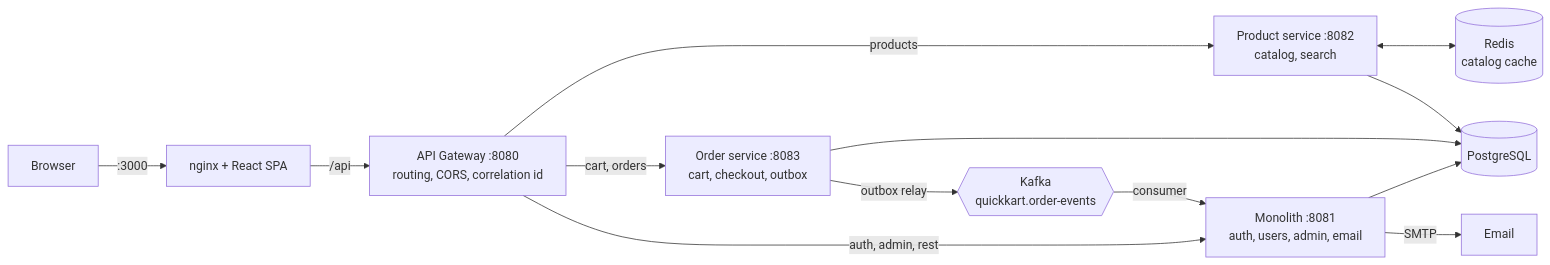
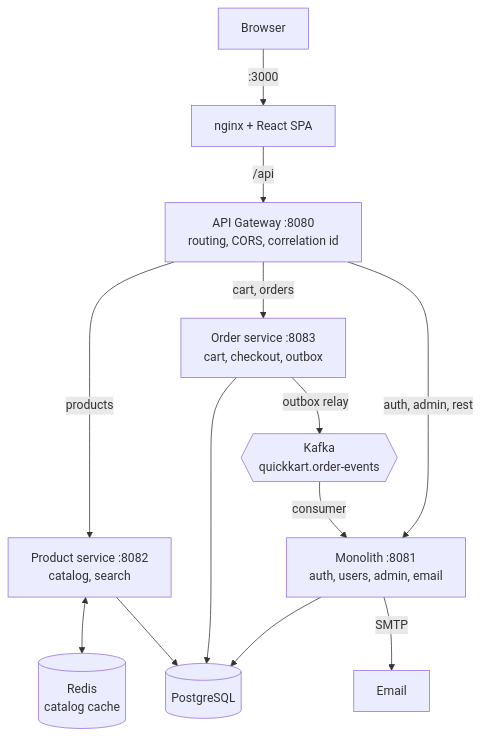
The diagram in README.md (JayantBansal900/QuickKart), drawn with Mermaid before and after one commit.

Commit message:
docs: top-down architecture diagram for readability

````diff
--- a/README.md
+++ b/README.md
@@ -32,15 +32,15 @@
 ```mermaid
-flowchart LR
+flowchart TD
     B["Browser"] -->|":3000"| N["nginx + React SPA"]
     N -->|"/api"| G["API Gateway :8080<br/>routing, CORS, correlation id"]
     G -->|"products"| P["Product service :8082<br/>catalog, search"]
     G -->|"cart, orders"| O["Order service :8083<br/>cart, checkout, outbox"]
     G -->|"auth, admin, rest"| M["Monolith :8081<br/>auth, users, admin, email"]
     P <--> R[("Redis<br/>catalog cache")]
     P --> DB[("PostgreSQL")]
     O --> DB
     M --> DB
     O -->|"outbox relay"| K{{"Kafka<br/>quickkart.order-events"}}
     K -->|"consumer"| M
     M -->|"SMTP"| E["Email"]
 ```
````
